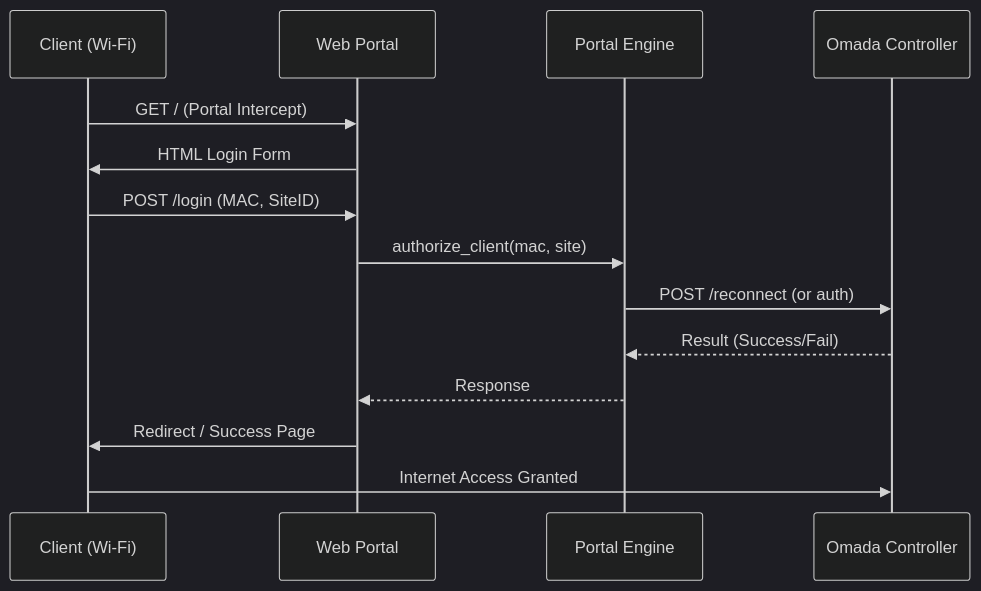
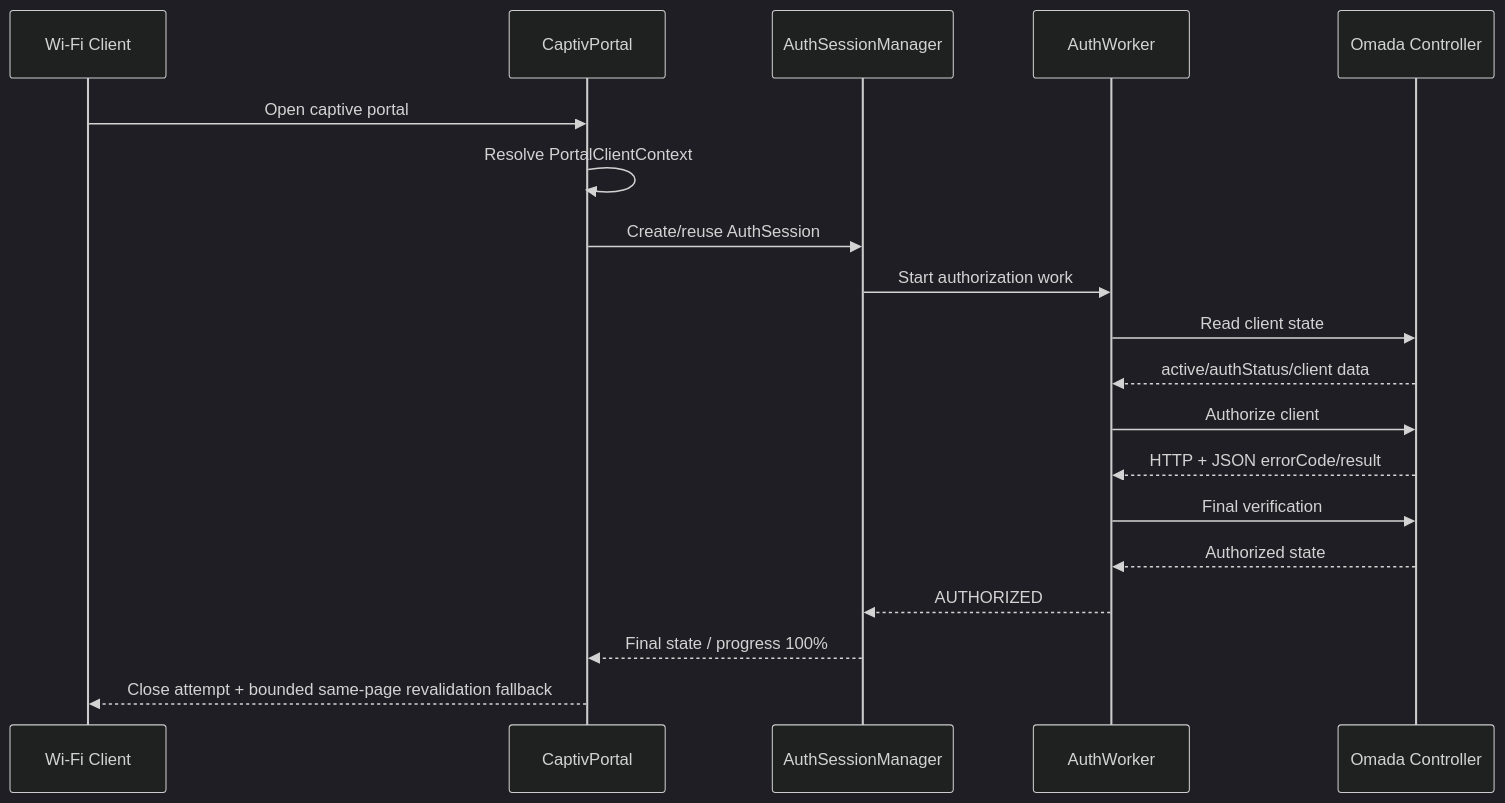
Before and after one commit to ZaurNavi/CaptivePortal: the second of 3 diagrams in README.md, drawn with Mermaid (dark theme). The commit also changed other lines of this file, not shown here.

````diff
--- a/README.md
+++ b/README.md
@@ -292,19 +173,22 @@
 ```mermaid
 sequenceDiagram
-    participant Client as Client (Wi-Fi)
-    participant Web as Web Portal
-    participant Engine as Portal Engine
+    participant Client as Wi-Fi Client
+    participant Portal as CaptivPortal
+    participant Sessions as AuthSessionManager
+    participant Worker as AuthWorker
     participant Omada as Omada Controller
-    Client->>Web: GET / (Portal Intercept)
-    Web->>Client: HTML Login Form
-    
-    Client->>Web: POST /login (MAC, SiteID)
-    Web->>Engine: authorize_client(mac, site)
-    
-    Engine->>Omada: POST /reconnect (or auth)
-    Omada-->>Engine: Result (Success/Fail)
-    
-    Engine-->>Web: Response
-    Web->>Client: Redirect / Success Page
-    Client->>Omada: Internet Access Granted
+
+    Client->>Portal: Open captive portal
+    Portal->>Portal: Resolve PortalClientContext
+    Portal->>Sessions: Create/reuse AuthSession
+    Sessions->>Worker: Start authorization work
+    Worker->>Omada: Read client state
+    Omada-->>Worker: active/authStatus/client data
+    Worker->>Omada: Authorize client
+    Omada-->>Worker: HTTP + JSON errorCode/result
+    Worker->>Omada: Final verification
+    Omada-->>Worker: Authorized state
+    Worker-->>Sessions: AUTHORIZED
+    Sessions-->>Portal: Final state / progress 100%
+    Portal-->>Client: Close attempt + bounded same-page revalidation fallback
 ```
````
